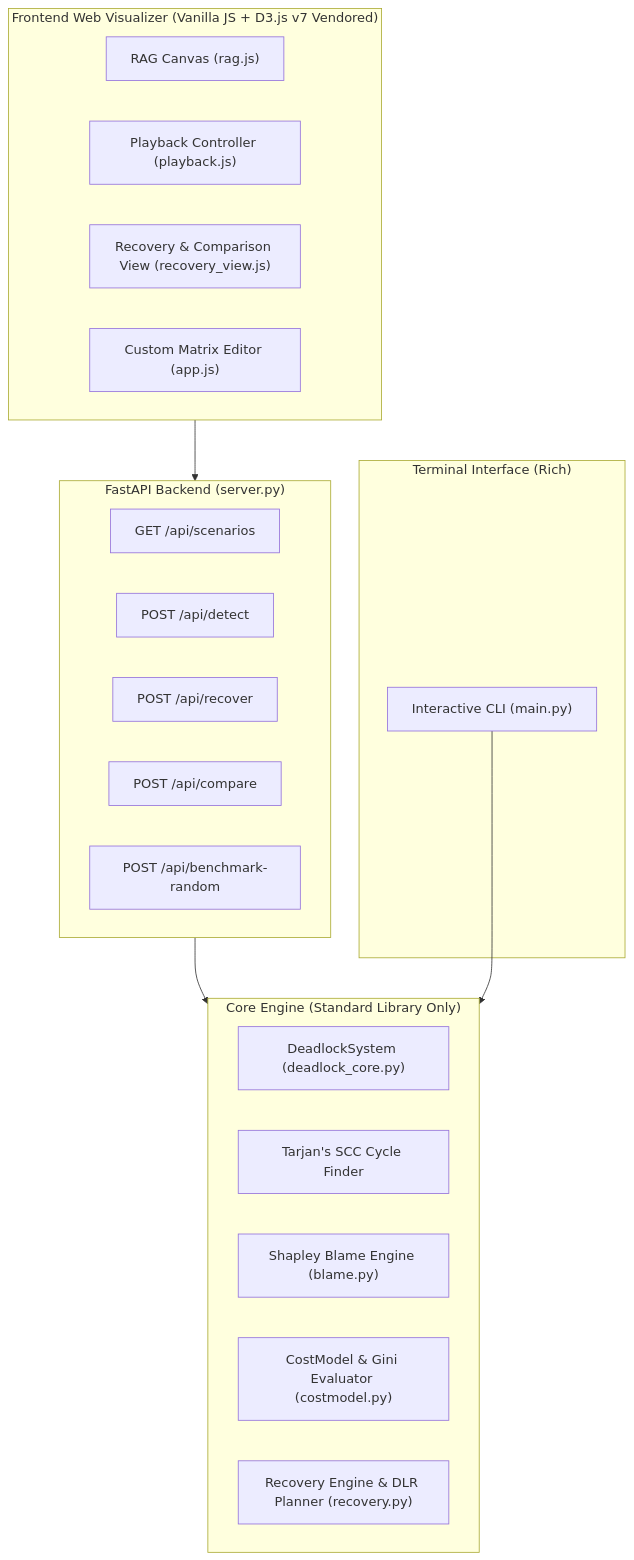
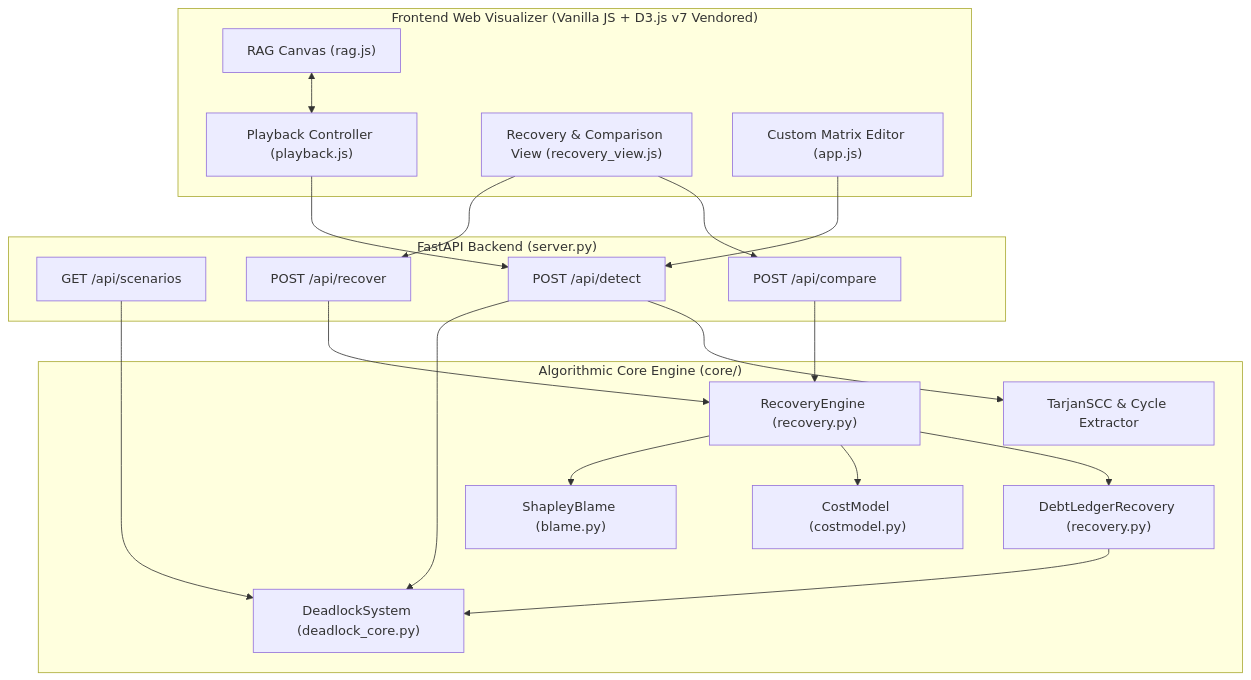
One commit to Rithwik-Ravi/Deadlock-Detection-Recovery-Visualizer changed the first of 3 diagrams in deadlock-suite/README.md. Above: the diagram before and after it, drawn with Mermaid. The commit also changed other lines of this file and 1 other file, not shown here.

Commit message:
docs: restructure README matching scientific systems benchmark specification

````diff
--- a/deadlock-suite/README.md
+++ b/deadlock-suite/README.md
@@ -47,33 +92,42 @@
 ```mermaid
 flowchart TD
     subgraph UI ["Frontend Web Visualizer (Vanilla JS + D3.js v7 Vendored)"]
         UI_RAG["RAG Canvas (rag.js)"]
         UI_PB["Playback Controller (playback.js)"]
         UI_REC["Recovery & Comparison View (recovery_view.js)"]
         UI_ED["Custom Matrix Editor (app.js)"]
     end
 
     subgraph API ["FastAPI Backend (server.py)"]
         EP_SCEN["GET /api/scenarios"]
         EP_DET["POST /api/detect"]
         EP_REC["POST /api/recover"]
         EP_COMP["POST /api/compare"]
-        EP_BENCH["POST /api/benchmark-random"]
     end
 
-    subgraph Core ["Core Engine (Standard Library Only)"]
-        DC["DeadlockSystem (deadlock_core.py)"]
-        TARJAN["Tarjan's SCC Cycle Finder"]
-        BLAME["Shapley Blame Engine (blame.py)"]
-        COST["CostModel & Gini Evaluator (costmodel.py)"]
-        REC_ENG["Recovery Engine & DLR Planner (recovery.py)"]
+    subgraph Core ["Algorithmic Core Engine (core/)"]
+        DET["DeadlockSystem (deadlock_core.py)"]
+        TARJAN["TarjanSCC & Cycle Extractor"]
+        SHAPLEY["ShapleyBlame (blame.py)"]
+        COST["CostModel (costmodel.py)"]
+        REC["RecoveryEngine (recovery.py)"]
+        DLR["DebtLedgerRecovery (recovery.py)"]
     end
 
-    subgraph CLI ["Terminal Interface (Rich)"]
-        CLI_MAIN["Interactive CLI (main.py)"]
-    end
+    UI_RAG <--> UI_PB
+    UI_ED --> EP_DET
+    UI_PB --> EP_DET
+    UI_REC --> EP_REC
+    UI_REC --> EP_COMP
 
-    UI --> API
-    API --> Core
-    CLI_MAIN --> Core
+    EP_SCEN --> DET
+    EP_DET --> DET
+    EP_DET --> TARJAN
+    EP_REC --> REC
+    EP_COMP --> REC
+
+    REC --> SHAPLEY
+    REC --> COST
+    REC --> DLR
+    DLR --> DET
 ```
````
